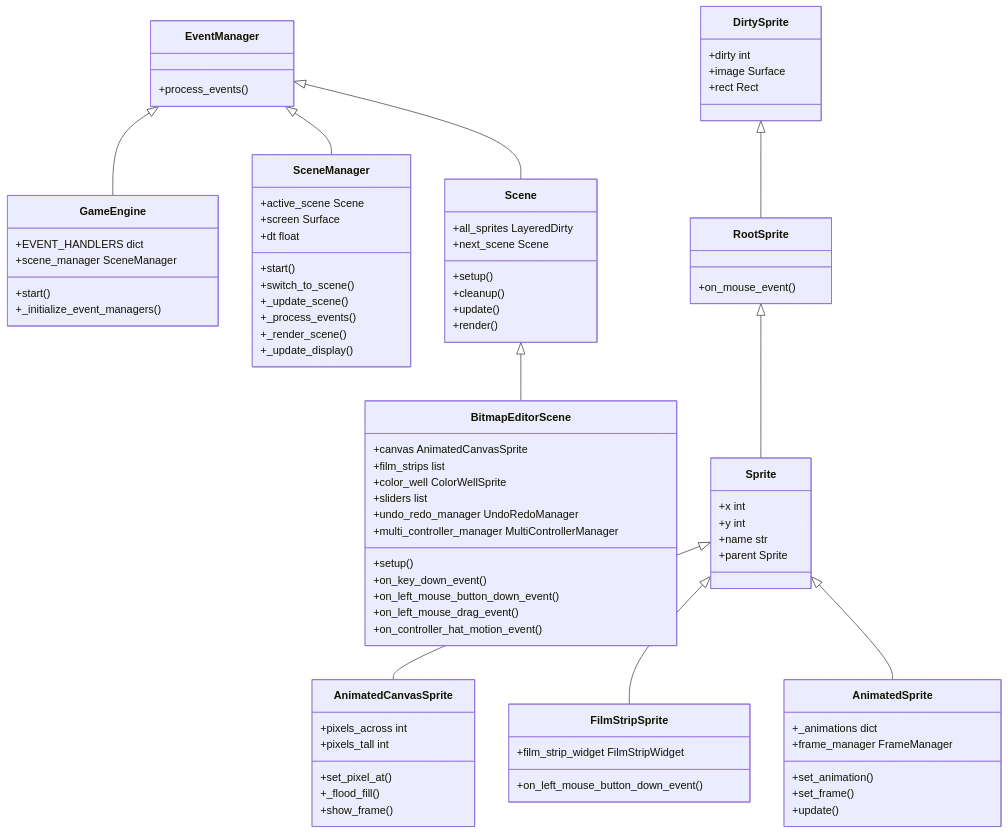
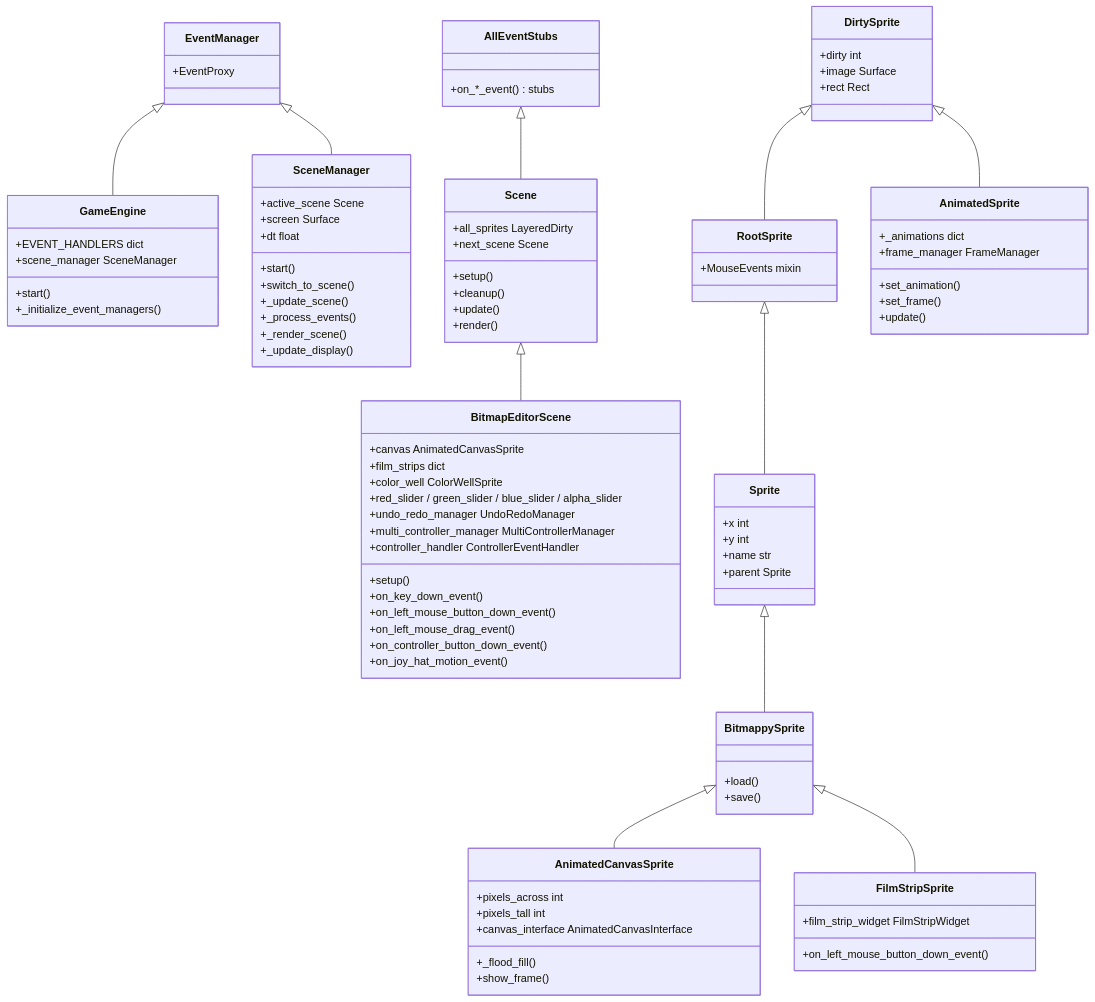
The second of 8 diagrams in BITMAPPY_ARCHITECTURE.md (terrysimons/glitchygames), drawn with Mermaid before and after one commit. The commit also changed other lines of this file and 49 other files, not shown here.

````diff
--- a/BITMAPPY_ARCHITECTURE.md
+++ b/BITMAPPY_ARCHITECTURE.md
@@ -52,7 +54,11 @@
 ```mermaid
 classDiagram
     class EventManager {
-        +process_events()
+        +EventProxy
+    }
+
+    class AllEventStubs {
+        +on_*_event() stubs
     }
 
     class GameEngine {
@@ -85,16 +91,18 @@
 
     class BitmapEditorScene {
         +canvas AnimatedCanvasSprite
-        +film_strips list
+        +film_strips dict
         +color_well ColorWellSprite
-        +sliders list
+        +red_slider / green_slider / blue_slider / alpha_slider
         +undo_redo_manager UndoRedoManager
         +multi_controller_manager MultiControllerManager
+        +controller_handler ControllerEventHandler
         +setup()
         +on_key_down_event()
         +on_left_mouse_button_down_event()
         +on_left_mouse_drag_event()
-        +on_controller_hat_motion_event()
+        +on_controller_button_down_event()
+        +on_joy_hat_motion_event()
     }
 
     class DirtySprite {
@@ -104,7 +112,7 @@
     }
 
     class RootSprite {
-        +on_mouse_event()
+        +MouseEvents mixin
     }
 
     class Sprite {
@@ -114,10 +122,15 @@
         +parent Sprite
     }
 
+    class BitmappySprite {
+        +load()
+        +save()
+    }
+
     class AnimatedCanvasSprite {
         +pixels_across int
         +pixels_tall int
-        +set_pixel_at()
+        +canvas_interface AnimatedCanvasInterface
         +_flood_fill()
         +show_frame()
     }
@@ -137,11 +150,12 @@
 
     EventManager <|-- GameEngine
     EventManager <|-- SceneManager
-    EventManager <|-- Scene
+    AllEventStubs <|-- Scene
     Scene <|-- BitmapEditorScene
     DirtySprite <|-- RootSprite
     RootSprite <|-- Sprite
-    Sprite <|-- AnimatedCanvasSprite
-    Sprite <|-- FilmStripSprite
-    Sprite <|-- AnimatedSprite
+    Sprite <|-- BitmappySprite
+    BitmappySprite <|-- AnimatedCanvasSprite
+    BitmappySprite <|-- FilmStripSprite
+    DirtySprite <|-- AnimatedSprite
 ```
````
